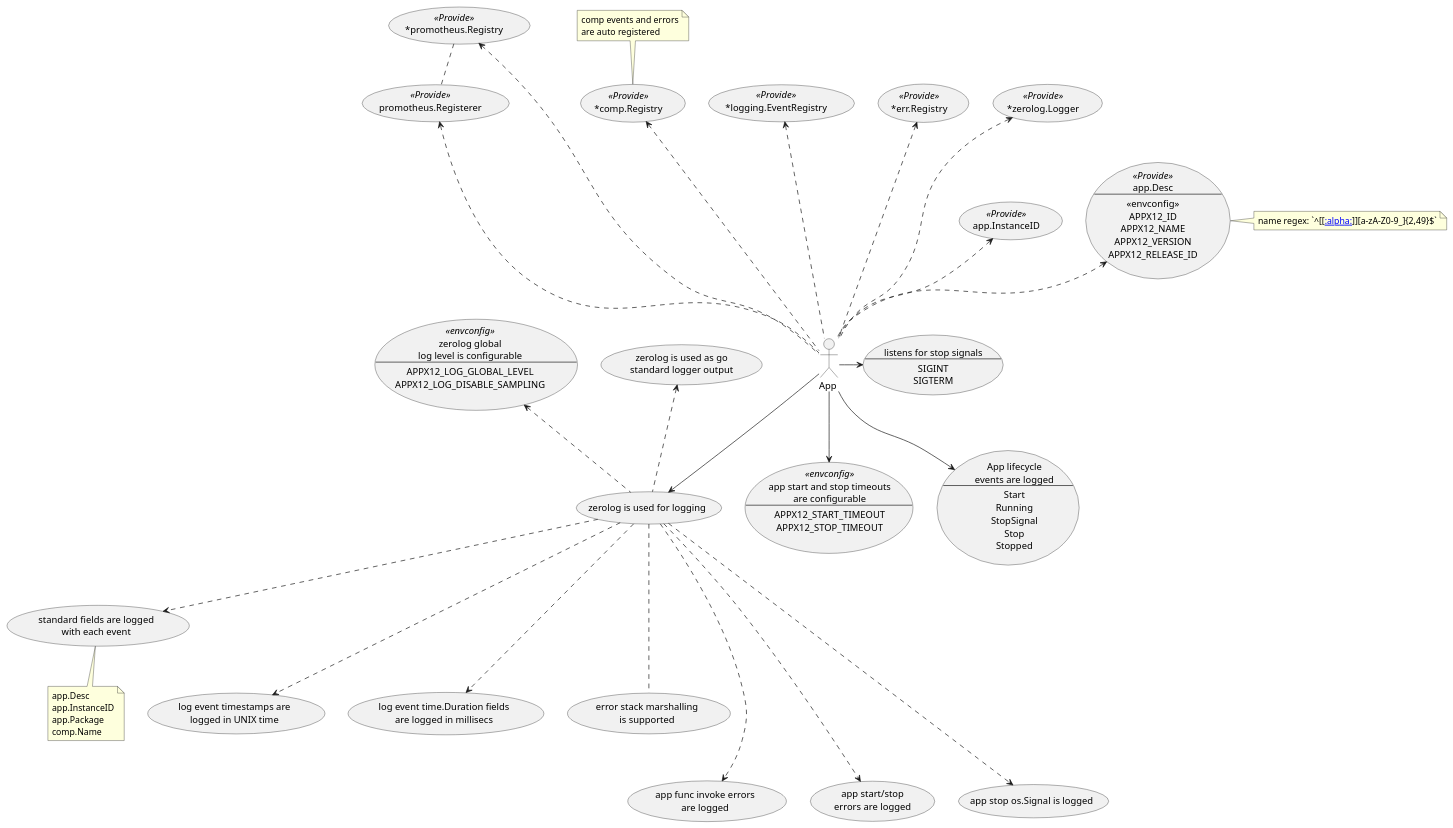
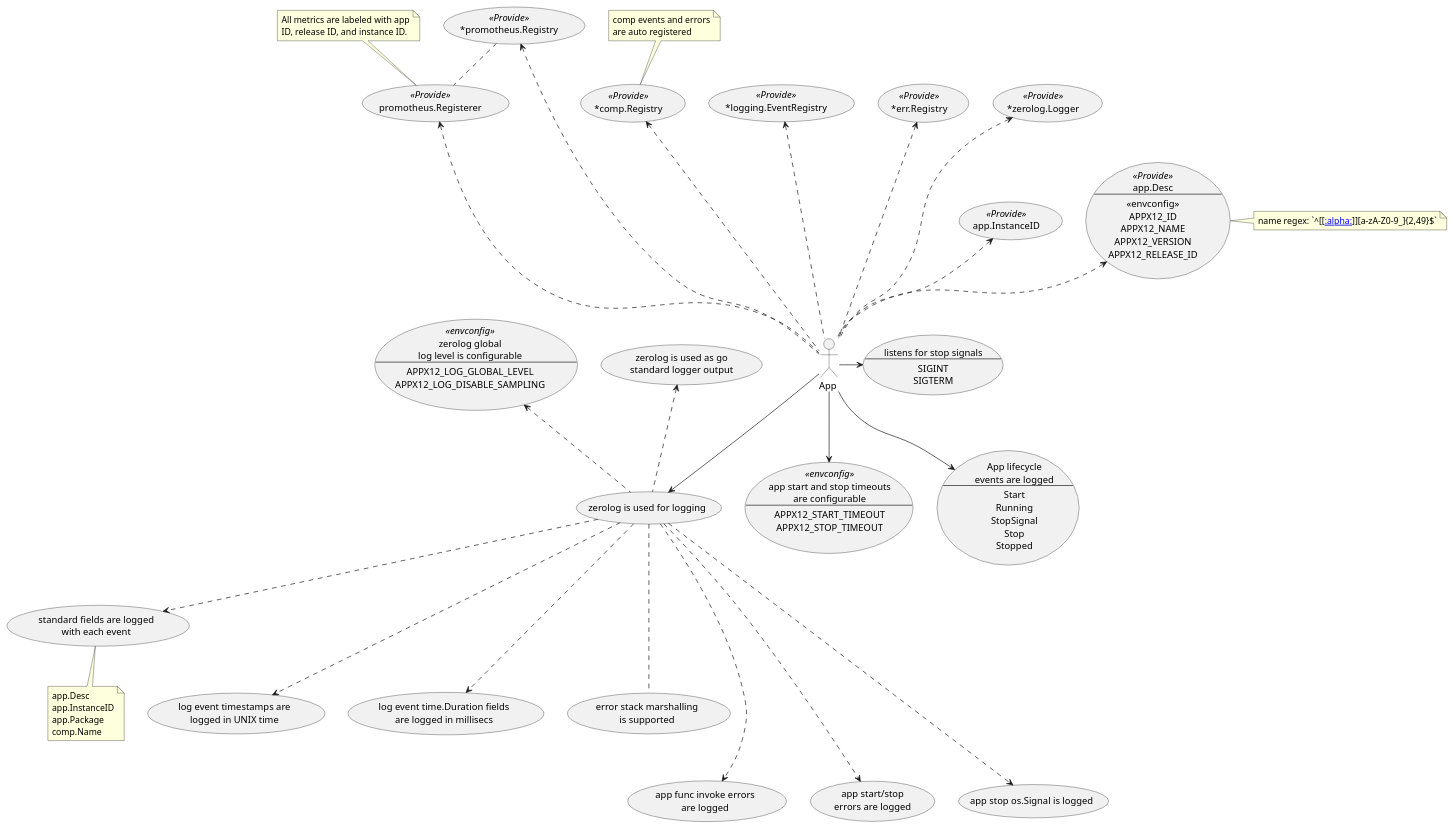
Before and after one commit to oysterpack/andiamo: the diagram in pkg/app/fx/usecases.puml, drawn with PlantUML. The commit also changed 7 other files, not shown here.

First line of the commit message:
Regsisterer will automatically add metric lables for app ID, release ID, and instance ID

```diff
--- a/pkg/app/fx/usecases.puml
+++ b/pkg/app/fx/usecases.puml
@@ -1,132 +1,138 @@
 @startuml
 skinparam usecase {
 	BackgroundColor<< NEW >> DarkSeaGreen
 	BorderColor<< NEW >> YellowGreen
 }
 
 actor :App : as APP
 
 usecase APP_TIMEOUTS << envconfig >> as "
 app start and stop timeouts
 are configurable
 ---
 APPX12_START_TIMEOUT
 APPX12_STOP_TIMEOUT
 "
 
 usecase APP_LOGGING as "zerolog is used for logging"
 usecase ZEROLOG_CONFIG << envconfig >> as "
 zerolog global
 log level is configurable
 ---
 APPX12_LOG_GLOBAL_LEVEL
 APPX12_LOG_DISABLE_SAMPLING
 "
 
 usecase LOG_APP_DESC as "standard fields are logged
 with each event"
 
 note bottom of LOG_APP_DESC {
 app.Desc
 app.InstanceID
 app.Package
 comp.Name
 }
 
 usecase LOG_TIMESTAMP as "log event timestamps are
 logged in UNIX time"
 
 usecase LOG_DURATION as "log event time.Duration fields
 are logged in millisecs"
 
 usecase LOG_ERROR_STACK_MARSHALLER as "error stack marshalling
 is supported"
 
 usecase GO_LOGGING as "zerolog is used as go
 standard logger output"
 
 usecase PROVIDE_APP_DESC << Provide >> as "
 app.Desc
 ---
 <<envconfig>>
 APPX12_ID
 APPX12_NAME
 APPX12_VERSION
 APPX12_RELEASE_ID
 "
 
 note as NAME_REGEX
 name regex: `^[[[[:alpha:]]]][a-zA-Z0-9_]{2,49}$`
 end note
 
 PROVIDE_APP_DESC . NAME_REGEX
 
 usecase PROVIDE_APP_INSTANCE_ID << Provide >> as "app.InstanceID"
 
 usecase PROVIDE_LOGGER << Provide >> as "*zerolog.Logger"
 usecase PROVIDE_ERR_REGISTRY << Provide >> as "*err.Registry"
 usecase PROVIDE_EVENT_REGISTRY << Provide >> as "*logging.EventRegistry"
 usecase PROVIDE_COMP_REGISTRY << Provide >> as "*comp.Registry"
 
 note as COMP_REGISTRY_NOTES
 comp events and errors
 are auto registered
 end note
 
 COMP_REGISTRY_NOTES ..> PROVIDE_COMP_REGISTRY
 
 usecase PROVIDE_PROMETHEUS_REGISTRY << Provide >> as "*promotheus.Registry"
 usecase PROVIDE_PROMETHEUS_REGISTERER << Provide >> as "promotheus.Registerer"
+PROVIDE_PROMETHEUS_REGISTRY .. PROVIDE_PROMETHEUS_REGISTERER
 
-PROVIDE_PROMETHEUS_REGISTRY .. PROVIDE_PROMETHEUS_REGISTERER
+note as PROMETHEUS_REGISTERER_NOTE
+All metrics are labeled with app
+ID, release ID, and instance ID.
+end note
+
+PROMETHEUS_REGISTERER_NOTE .. PROVIDE_PROMETHEUS_REGISTERER
 
 APP .up.> PROVIDE_APP_DESC
 APP .up.> PROVIDE_APP_INSTANCE_ID
 APP .up..> PROVIDE_LOGGER
 APP .up..> PROVIDE_ERR_REGISTRY
 APP .up..> PROVIDE_EVENT_REGISTRY
 APP .up..> PROVIDE_COMP_REGISTRY
 APP .up..> PROVIDE_PROMETHEUS_REGISTRY
 APP .up..> PROVIDE_PROMETHEUS_REGISTERER
 
 usecase LOG_APP_LIFECYCLE_EVENTS as "App lifecycle
 events are logged
 ---
 Start
 Running
 StopSignal
 Stop
 Stopped"
 
 usecase LOG_APP_INVOKE_ERRORS as "app func invoke errors
 are logged"
 
 usecase LOG_APP_START_STOP_ERRORS as "app start/stop
 errors are logged"
 
 usecase LOG_STOP_SIGNAL_EVENT as "app stop os.Signal is logged"
 
 usecase APP_STOP_SIGNALS as "listens for stop signals
 ---
 SIGINT
 SIGTERM
 "
 
 APP_LOGGING .up.> GO_LOGGING
 APP_LOGGING .up.> ZEROLOG_CONFIG
 APP_LOGGING ..> LOG_APP_DESC
 APP_LOGGING ...> LOG_TIMESTAMP
 APP_LOGGING ...> LOG_DURATION
 APP_LOGGING ....> LOG_APP_INVOKE_ERRORS
 APP_LOGGING ....> LOG_APP_START_STOP_ERRORS
 APP_LOGGING ....> LOG_STOP_SIGNAL_EVENT
 APP_LOGGING ... LOG_ERROR_STACK_MARSHALLER
 
 
 APP --> APP_TIMEOUTS
 APP --> APP_LOGGING
 
 APP --> LOG_APP_LIFECYCLE_EVENTS
 APP -> APP_STOP_SIGNALS
 
 @enduml
```
